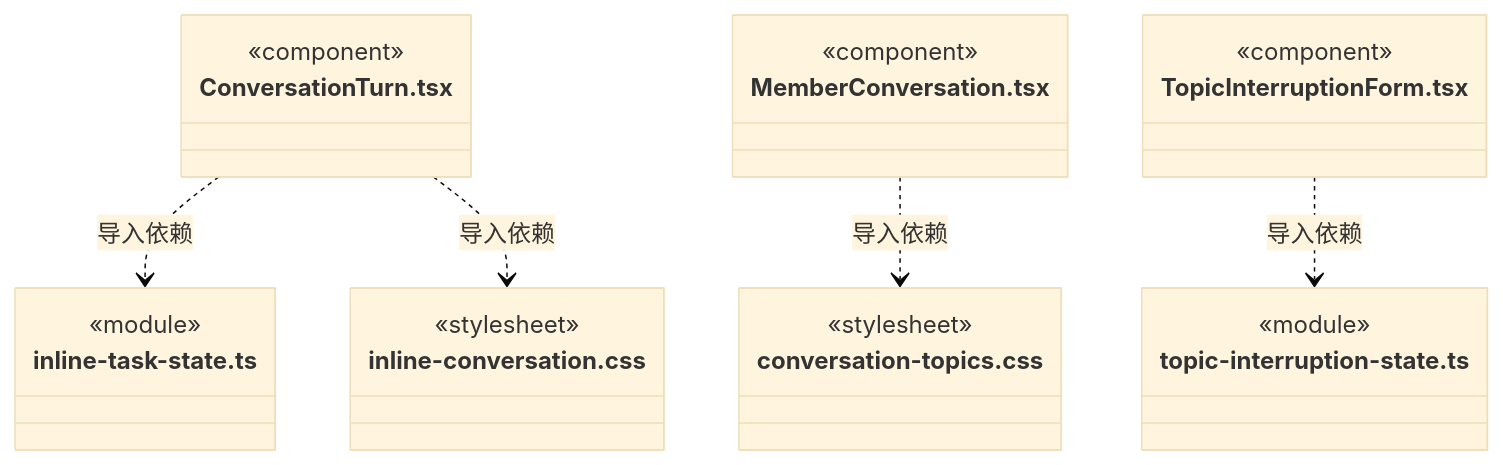
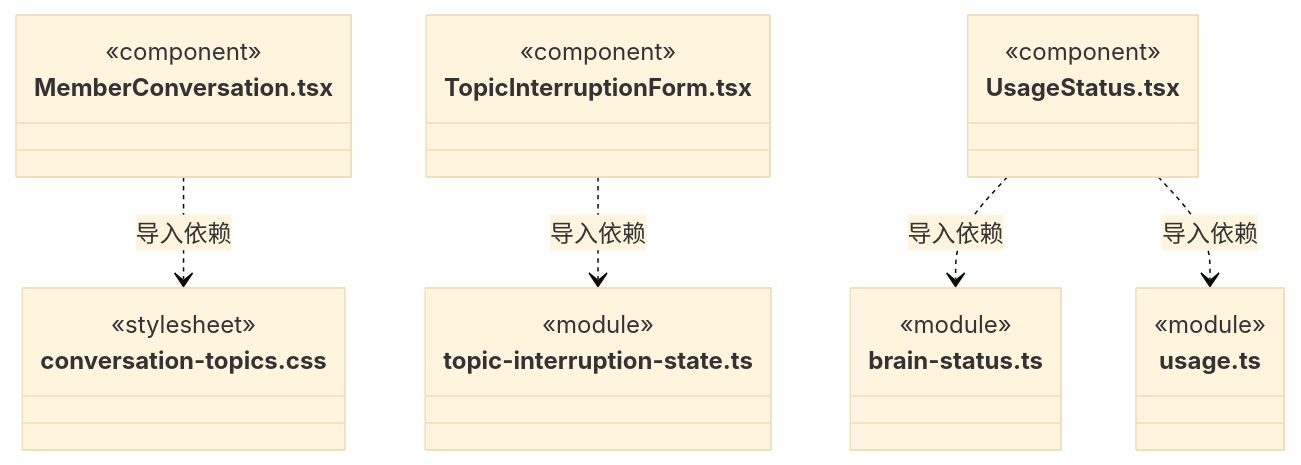
Before and after one commit to nan023062/cbim: diagram 48 of 51 in src/view/conversation/ARCHITECTURE.md, drawn with Mermaid (base theme). The commit also changed other lines of this file and 87 other files, not shown here.

````diff
--- a/src/view/conversation/ARCHITECTURE.md
+++ b/src/view/conversation/ARCHITECTURE.md
@@ -770,28 +767,28 @@
 ```mermaid
 classDiagram
-class N_src_view_conversation_ConversationTurn_tsx["ConversationTurn.tsx"] {
-  <<component>>
-}
-class N_src_view_conversation_inline_task_state_ts["inline-task-state.ts"] {
-  <<module>>
-}
-class N_src_view_conversation_inline_conversation_css["inline-conversation.css"] {
-  <<stylesheet>>
-}
 class N_src_view_conversation_MemberConversation_tsx["MemberConversation.tsx"] {
   <<component>>
 }
 class N_src_view_conversation_conversation_topics_css["conversation-topics.css"] {
   <<stylesheet>>
 }
 class N_src_view_conversation_TopicInterruptionForm_tsx["TopicInterruptionForm.tsx"] {
   <<component>>
 }
 class N_src_view_conversation_topic_interruption_state_ts["topic-interruption-state.ts"] {
   <<module>>
 }
-N_src_view_conversation_ConversationTurn_tsx ..> N_src_view_conversation_inline_task_state_ts : 导入依赖
-N_src_view_conversation_ConversationTurn_tsx ..> N_src_view_conversation_inline_conversation_css : 导入依赖
+class N_src_view_conversation_UsageStatus_tsx["UsageStatus.tsx"] {
+  <<component>>
+}
+class N_src_view_conversation_brain_status_ts["brain-status.ts"] {
+  <<module>>
+}
+class N_src_view_conversation_usage_ts["usage.ts"] {
+  <<module>>
+}
 N_src_view_conversation_MemberConversation_tsx ..> N_src_view_conversation_conversation_topics_css : 导入依赖
 N_src_view_conversation_TopicInterruptionForm_tsx ..> N_src_view_conversation_topic_interruption_state_ts : 导入依赖
+N_src_view_conversation_UsageStatus_tsx ..> N_src_view_conversation_brain_status_ts : 导入依赖
+N_src_view_conversation_UsageStatus_tsx ..> N_src_view_conversation_usage_ts : 导入依赖
 ```
````
